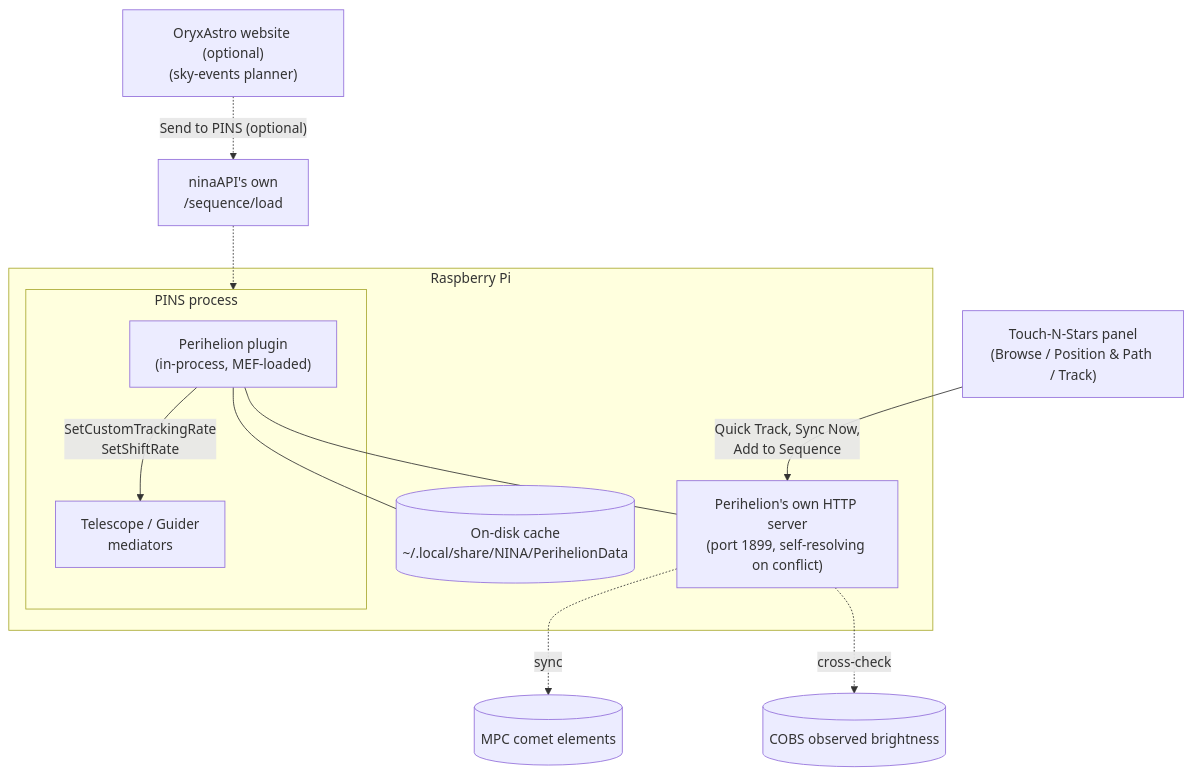
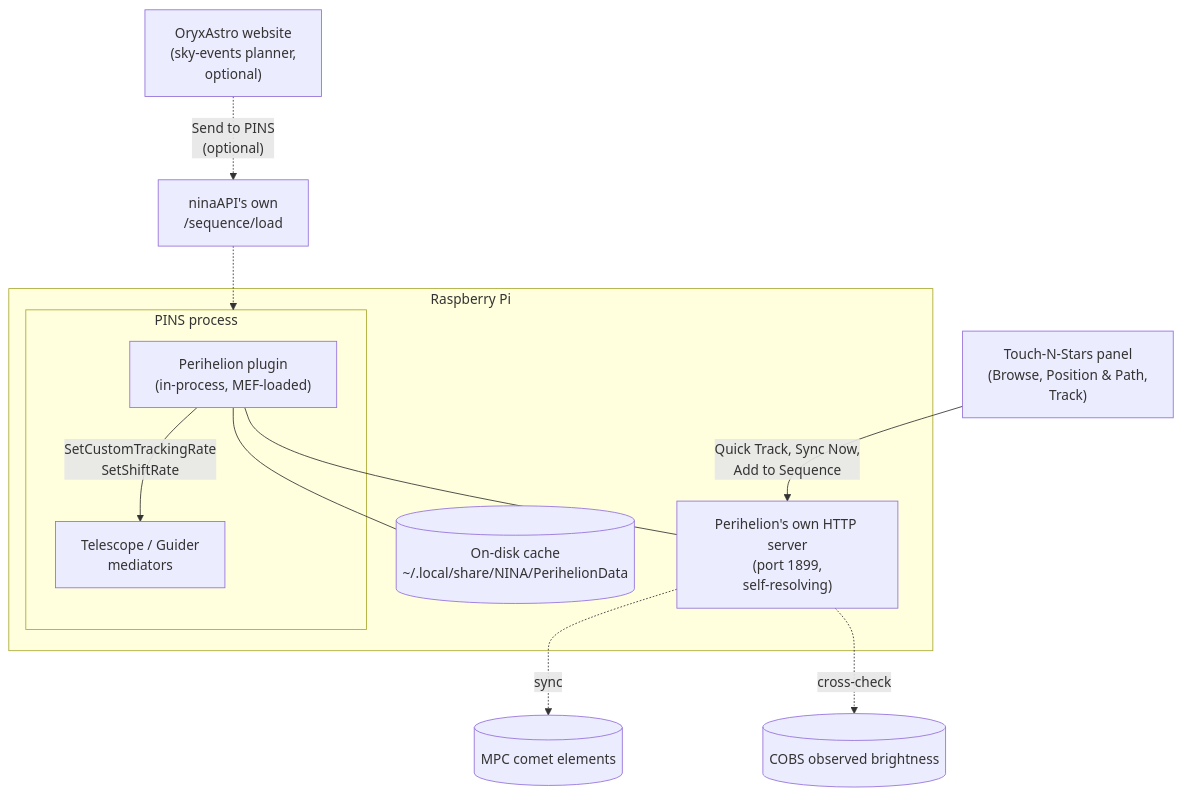
The diagram in README.md (OryxAstro/perihelion), drawn with Mermaid before and after one commit.

Commit message:
Fix diagram node text getting clipped by shortening/rewrapping labels
Two labels (Perihelion's HTTP server, Touch-N-Stars panel) had one
line long enough that some Mermaid renderers clipped it instead of
growing the node box -- the source text was always complete, just
visually cut off. Shortened the wording and split across more,
shorter lines so no single line risks the same issue; did the same
preemptively to the website node before it hit the same problem.

````diff
--- a/README.md
+++ b/README.md
@@ -48,27 +48,27 @@
 ```mermaid
 flowchart TB
     subgraph pi["Raspberry Pi"]
         subgraph nina["PINS process"]
             plugin["Perihelion plugin<br/>(in-process, MEF-loaded)"]
             mediator["Telescope / Guider<br/>mediators"]
             plugin -->|SetCustomTrackingRate<br/>SetShiftRate| mediator
         end
-        api["Perihelion's own HTTP server<br/>(port 1899, self-resolving on conflict)"]
+        api["Perihelion's own HTTP server<br/>(port 1899,<br/>self-resolving)"]
         cache[("On-disk cache<br/>~/.local/share/NINA/PerihelionData")]
         plugin --- api
         plugin --- cache
     end
 
-    tns["Touch-N-Stars panel<br/>(Browse / Position & Path / Track)"]
+    tns["Touch-N-Stars panel<br/>(Browse, Position & Path,<br/>Track)"]
     tns -->|Quick Track, Sync Now,<br/>Add to Sequence| api
 
     mpc[("MPC comet elements")]
     cobs[("COBS observed brightness")]
     api -.sync.-> mpc
     api -.cross-check.-> cobs
 
-    website["OryxAstro website (optional)<br/>(sky-events planner)"]
+    website["OryxAstro website<br/>(sky-events planner,<br/>optional)"]
     ninaapi["ninaAPI's own<br/>/sequence/load"]
-    website -.->|"Send to PINS (optional)"| ninaapi
+    website -.->|"Send to PINS<br/>(optional)"| ninaapi
     ninaapi -.-> nina
 ```
````
